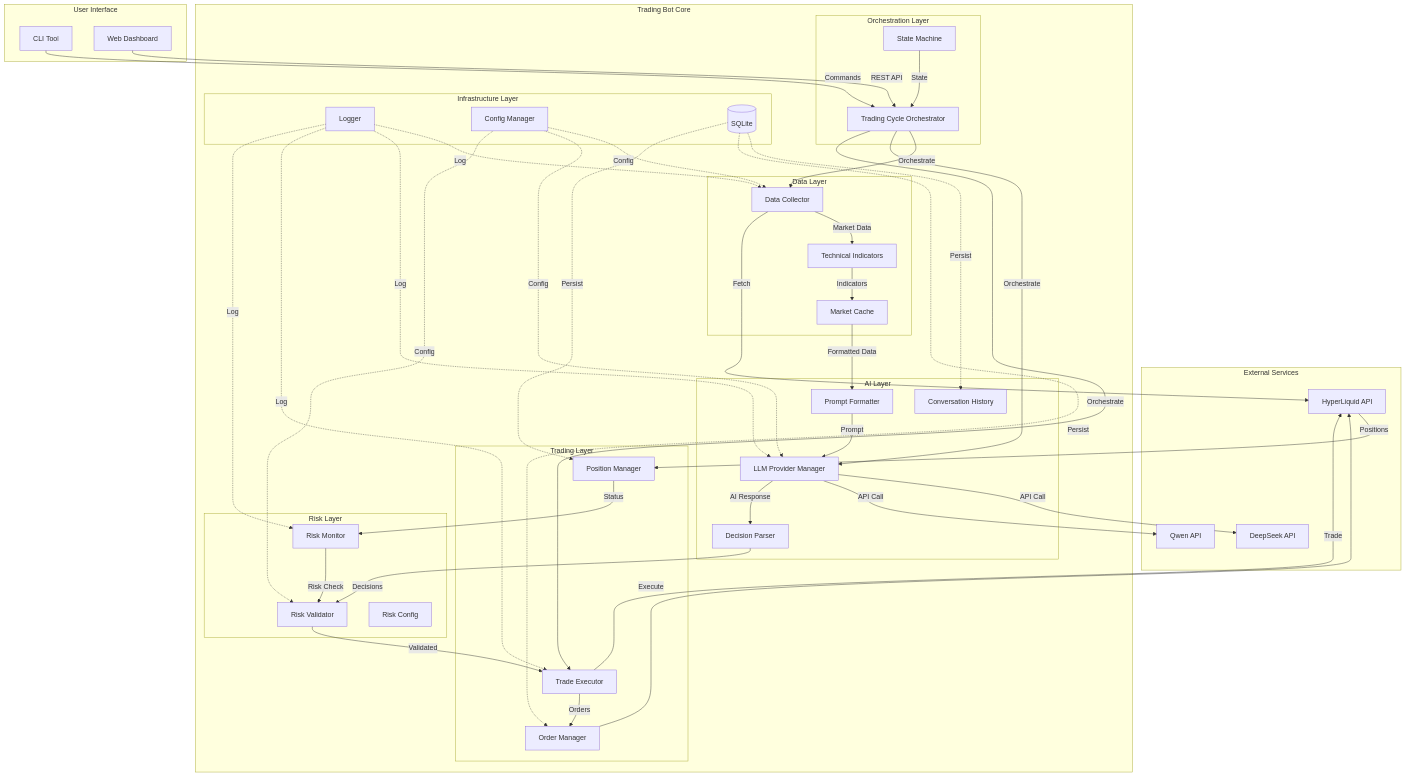
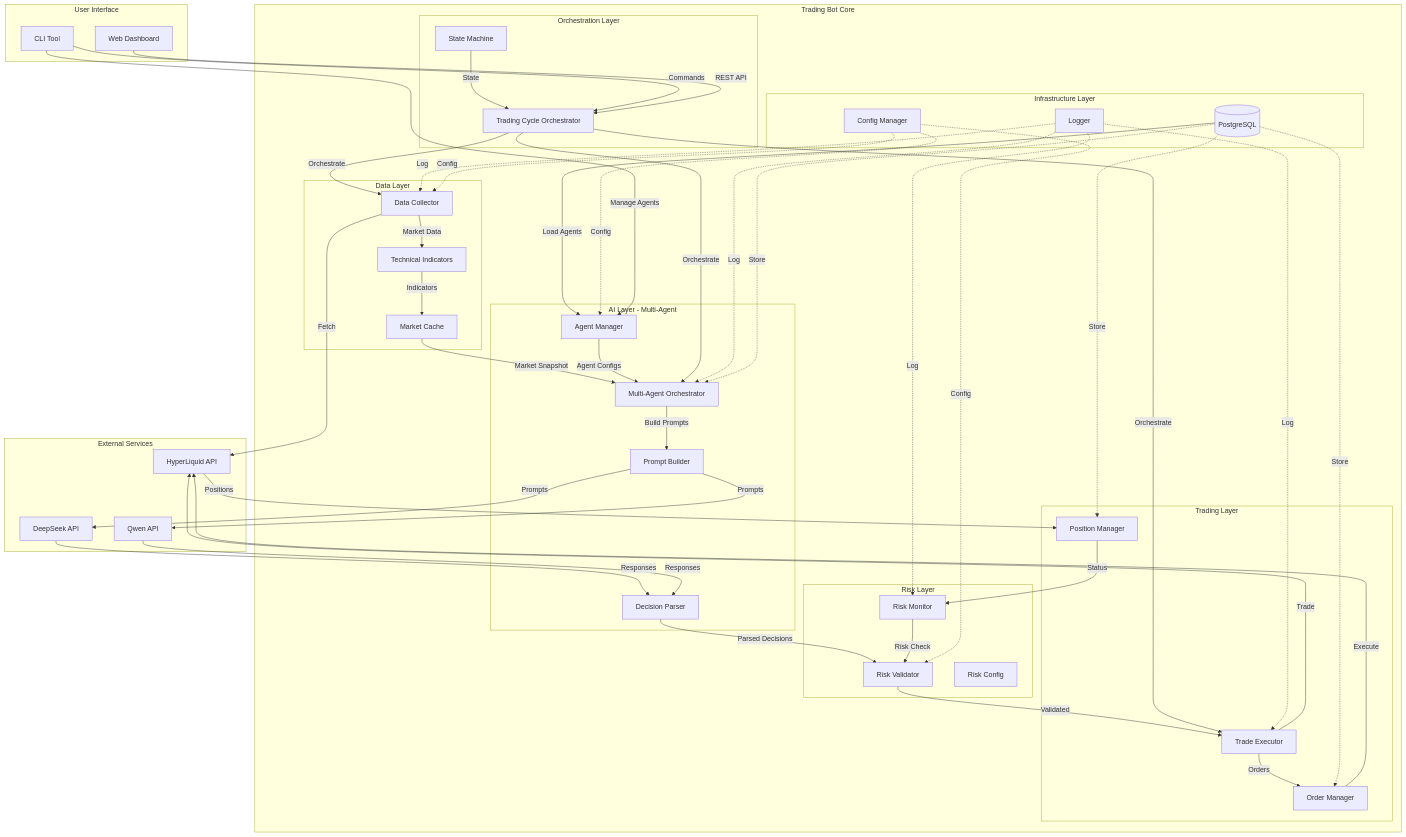
Before and after one commit to MiLLeRRain/hyper-demo: the diagram in docs/02_architecture/system_overview.md, drawn with Mermaid. The commit also changed other lines of this file and 3 other files, not shown here.

First line of the commit message:
Update documentation for multi-agent architecture

```diff
--- a/docs/02_architecture/system_overview.md
+++ b/docs/02_architecture/system_overview.md
@@ -21,11 +21,11 @@
             MC[Market Cache]
         end
 
-        subgraph "AI Layer"
-            PF[Prompt Formatter]
-            LP[LLM Provider Manager]
+        subgraph "AI Layer - Multi-Agent"
+            AM[Agent Manager]
+            MAO[Multi-Agent Orchestrator]
+            PB[Prompt Builder]
             DP[Decision Parser]
-            CH[Conversation History]
         end
 
         subgraph "Trading Layer"
@@ -48,7 +48,7 @@
         subgraph "Infrastructure Layer"
             LOG[Logger]
             CFG[Config Manager]
-            DB[(SQLite)]
+            DB[(PostgreSQL)]
         end
     end
 
@@ -60,12 +60,19 @@
     %% Data Flow
     DC -->|Market Data| TI
     TI -->|Indicators| MC
-    MC -->|Formatted Data| PF
-    PF -->|Prompt| LP
-    LP -->|API Call| DS
-    LP -->|API Call| QW
-    LP -->|AI Response| DP
-    DP -->|Decisions| RV
+    MC -->|Market Snapshot| MAO
+
+    %% Multi-Agent Flow
+    DB -->|Load Agents| AM
+    AM -->|Agent Configs| MAO
+    MAO -->|Build Prompts| PB
+    PB -->|Prompts| DS
+    PB -->|Prompts| QW
+    DS -->|Responses| DP
+    QW -->|Responses| DP
+    DP -->|Parsed Decisions| RV
+
+    %% Trading Flow
     RV -->|Validated| TE
     TE -->|Orders| OM
     OM -->|Execute| HL
@@ -73,25 +80,31 @@
     PM -->|Status| RM
     RM -->|Risk Check| RV
 
+    %% Orchestration
     TC -->|Orchestrate| DC
-    TC -->|Orchestrate| LP
+    TC -->|Orchestrate| MAO
     TC -->|Orchestrate| TE
     SC -->|State| TC
 
+    %% Logging
     LOG -.->|Log| DC
-    LOG -.->|Log| LP
+    LOG -.->|Log| MAO
     LOG -.->|Log| TE
     LOG -.->|Log| RM
 
+    %% Configuration
     CFG -.->|Config| DC
-    CFG -.->|Config| LP
+    CFG -.->|Config| AM
     CFG -.->|Config| RV
 
-    DB -.->|Persist| CH
-    DB -.->|Persist| OM
-    DB -.->|Persist| PM
+    %% Database Persistence
+    DB -.->|Store| MAO
+    DB -.->|Store| OM
+    DB -.->|Store| PM
 
+    %% User Interface
     CLI -->|Commands| TC
+    CLI -->|Manage Agents| AM
     WEB -->|REST API| TC
 
     DC -->|Fetch| HL
```
